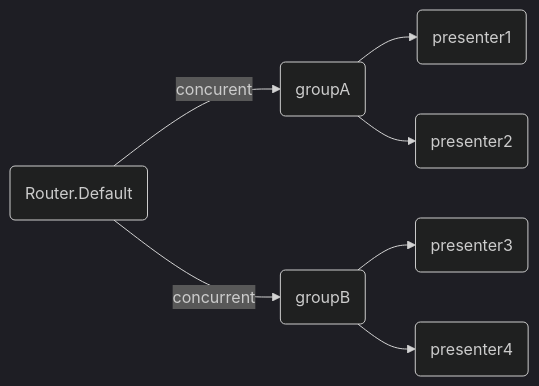
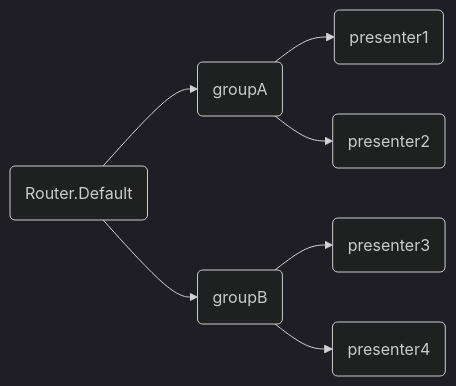
One commit to hadashiA/VitalRouter changed the diagram in README.md. Above: the diagram before and after it, drawn with Mermaid (dark theme).

````diff
--- a/README.md
+++ b/README.md
@@ -647,18 +647,18 @@
 ```mermaid
 flowchart LR
 
 Default(Router.Default)
 GroupA(groupA)
 GroupB(groupB)
 P1(presenter1)
 P2(presenter2)
 P3(presenter3)
 P4(presenter4)
 
-Default -->|concurent| GroupA
-Default -->|concurrent| GroupB
+Default --> GroupA
+Default --> GroupB
 GroupA --> P1
 GroupA --> P2
 GroupB --> P3
 GroupB --> P4
 ```
````
